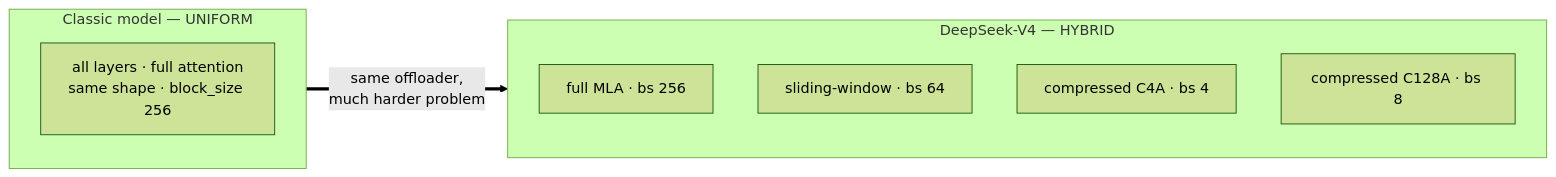
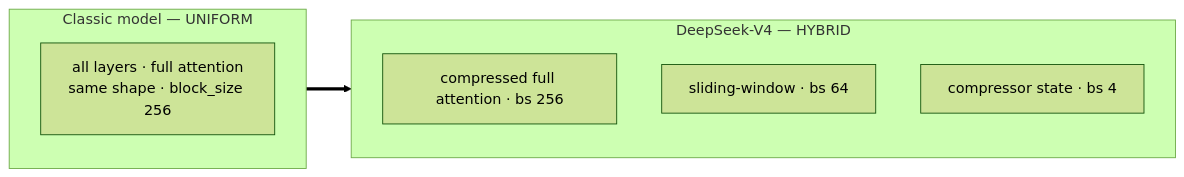
The first of 5 diagrams in content/posts/cache-and-compress.md (CharlesRiggins/CharlesRiggins.github.io), drawn with Mermaid (forest theme) before and after one commit. The commit also changed other lines of this file, not shown here.

````diff
--- a/content/posts/cache-and-compress.md
+++ b/content/posts/cache-and-compress.md
@@ -51,15 +70,14 @@
 ```mermaid
 flowchart LR
   subgraph U["Classic model — UNIFORM"]
     direction TB
     u1["all layers · full attention<br/>same shape · block_size 256"]
   end
   subgraph V["DeepSeek-V4 — HYBRID"]
     direction TB
-    v1["full MLA · bs 256"]
+    v1["compressed full attention · bs 256"]
     v2["sliding-window · bs 64"]
-    v3["compressed C4A · bs 4"]
-    v4["compressed C128A · bs 8"]
+    v3["compressor state · bs 4"]
   end
-  U ==>|"same offloader,<br/>much harder problem"| V
+  U ==> V
 ```
````
